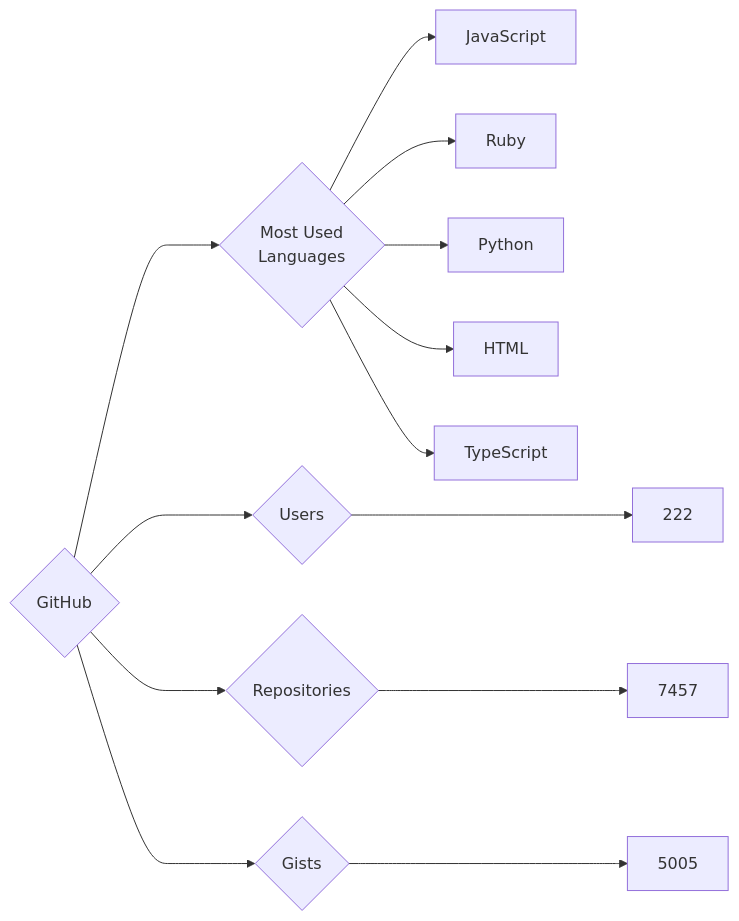
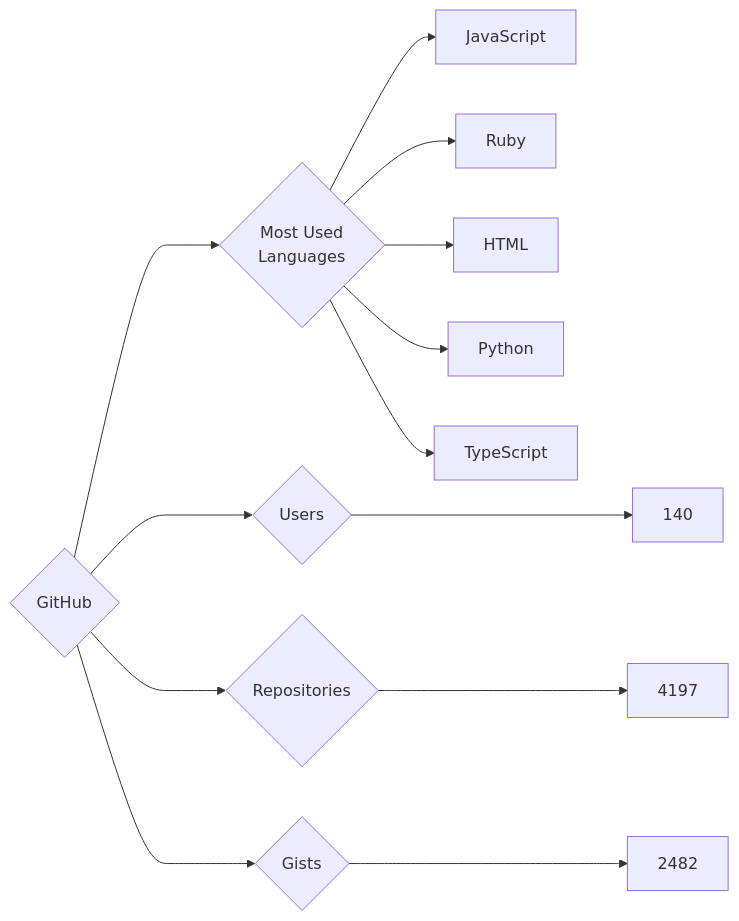
One commit to trickest/insiders changed the diagram in targets/GitHub/README.md. Above: the diagram before and after it, drawn with Mermaid. The commit also changed 900 other files, not shown here.

````diff
--- a/targets/GitHub/README.md
+++ b/targets/GitHub/README.md
@@ -3,13 +3,13 @@
 ```mermaid
 graph LR
 COMPANY_NAME{GitHub}
-COMPANY_NAME ---> U{Users} ---> UN[222]
-COMPANY_NAME ---> R{Repositories} ---> RN[7457]
-COMPANY_NAME ---> G{Gists} ---> GN[5005]
+COMPANY_NAME ---> U{Users} ---> UN[140]
+COMPANY_NAME ---> R{Repositories} ---> RN[4197]
+COMPANY_NAME ---> G{Gists} ---> GN[2482]
 COMPANY_NAME ---> ML{Most Used<br>Languages}
 ML --> JavaScript[JavaScript]
 ML --> Ruby[Ruby]
+ML --> HTML[HTML]
 ML --> Python[Python]
-ML --> HTML[HTML]
 ML --> TypeScript[TypeScript]
 ```
````
